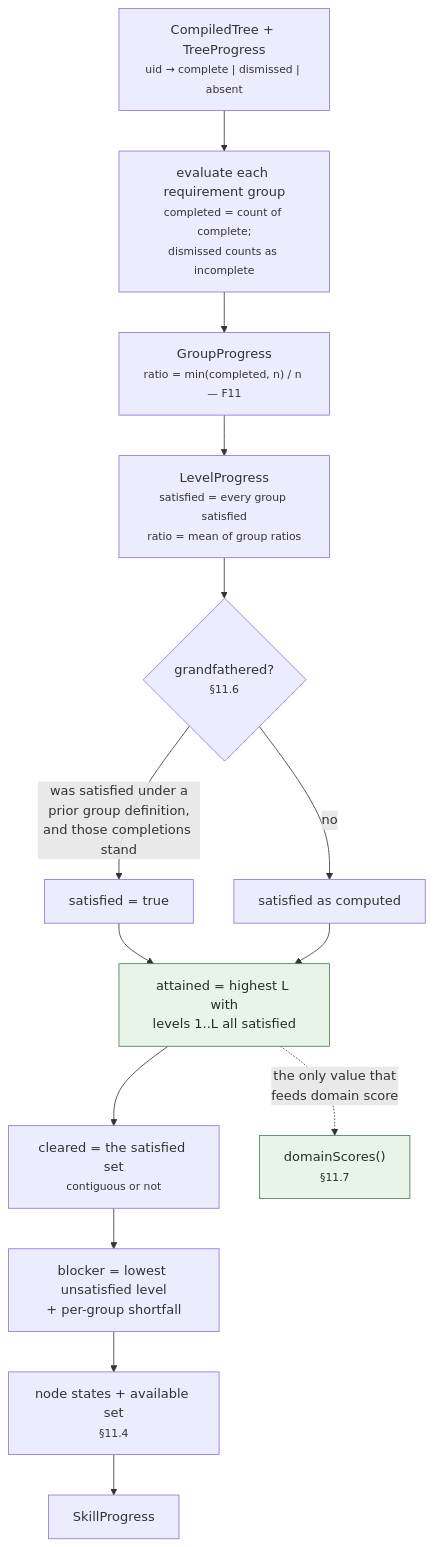
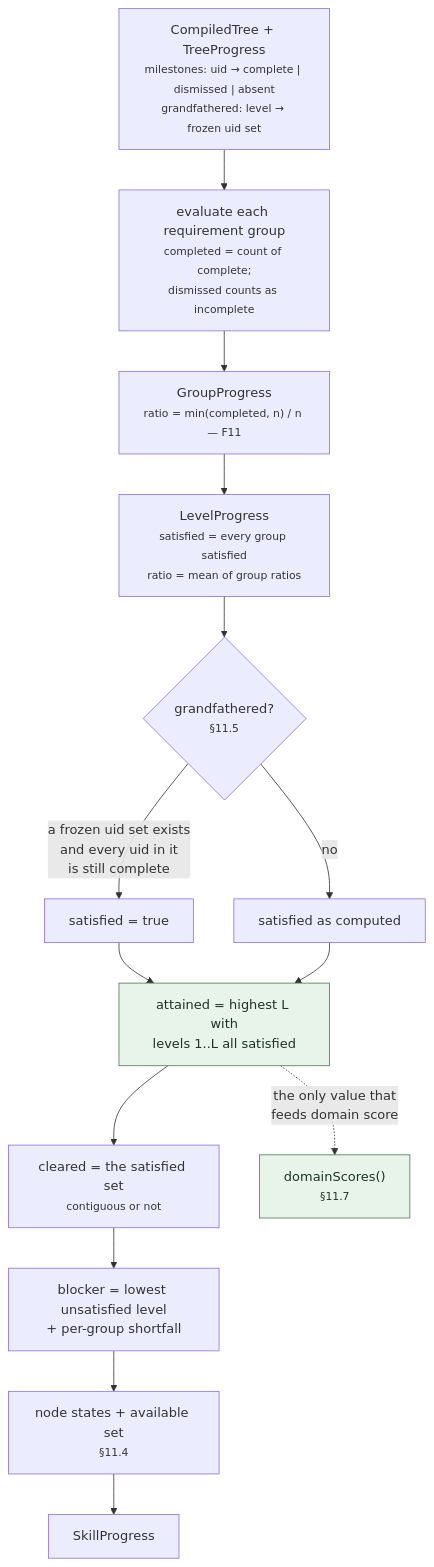
The sixth of 9 diagrams in docs/ARCHITECTURE.md (lifeskilltracker/lifeskilltracker.github.io), drawn with Mermaid before and after one commit. The commit also changed other lines of this file and 17 other files, not shown here.

````diff
--- a/docs/ARCHITECTURE.md
+++ b/docs/ARCHITECTURE.md
@@ -1367,21 +1367,21 @@
 ```mermaid
 flowchart TD
-    IN["CompiledTree + TreeProgress<br/><small>uid → complete | dismissed | absent</small>"]
+    IN["CompiledTree + TreeProgress<br/><small>milestones: uid → complete | dismissed | absent<br/>grandfathered: level → frozen uid set</small>"]
     IN --> G["evaluate each requirement group<br/><small>completed = count of complete;<br/>dismissed counts as incomplete</small>"]
     G --> GP["GroupProgress<br/><small>ratio = min(completed, n) / n — F11</small>"]
     GP --> L["LevelProgress<br/><small>satisfied = every group satisfied<br/>ratio = mean of group ratios</small>"]
-    L --> GF{"grandfathered?<br/><small>§11.6</small>"}
-    GF -->|"was satisfied under a<br/>prior group definition,<br/>and those completions stand"| SAT["satisfied = true"]
+    L --> GF{"grandfathered?<br/><small>§11.5</small>"}
+    GF -->|"a frozen uid set exists<br/>and every uid in it<br/>is still complete"| SAT["satisfied = true"]
     GF -->|no| L2["satisfied as computed"]
     SAT --> A
     L2 --> A["attained = highest L with<br/>levels 1..L all satisfied"]
     A --> CL["cleared = the satisfied set<br/><small>contiguous or not</small>"]
     CL --> BL["blocker = lowest unsatisfied level<br/>+ per-group shortfall"]
     BL --> NS["node states + available set<br/><small>§11.4</small>"]
     NS --> OUT["SkillProgress"]
 
     A -.->|"the only value that<br/>feeds domain score"| DS["domainScores()<br/><small>§11.7</small>"]
 
     classDef key fill:#e8f4ea,stroke:#4a7a55,color:#1d3323
     class A,DS key
 ```
````
